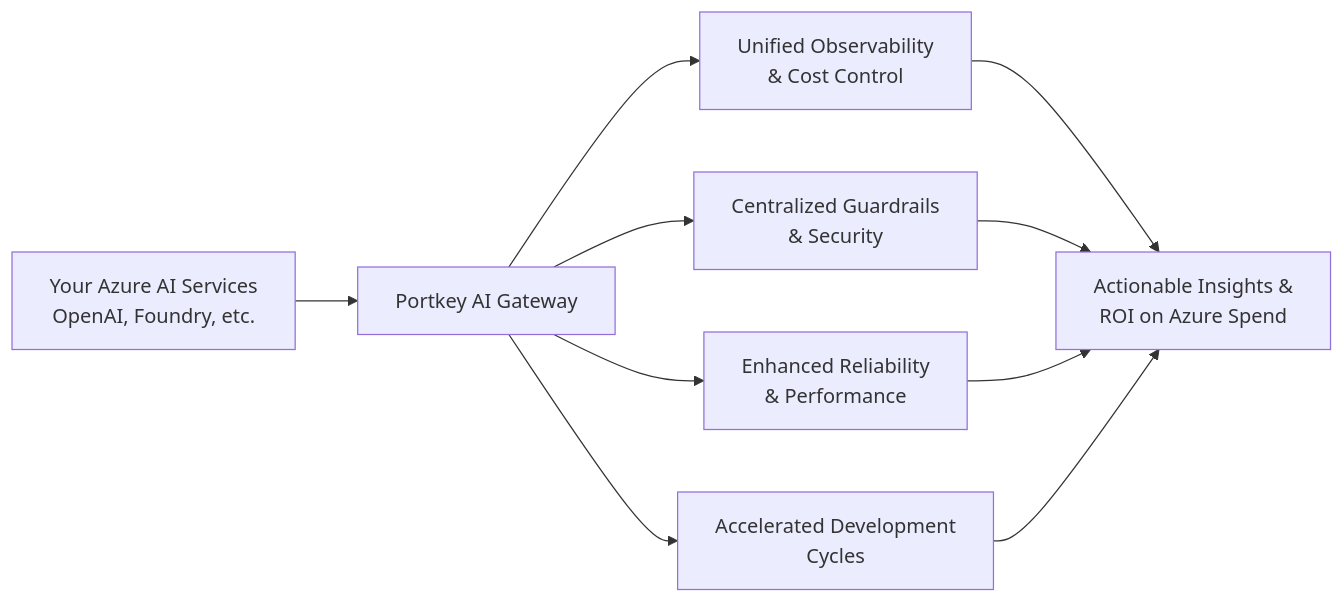
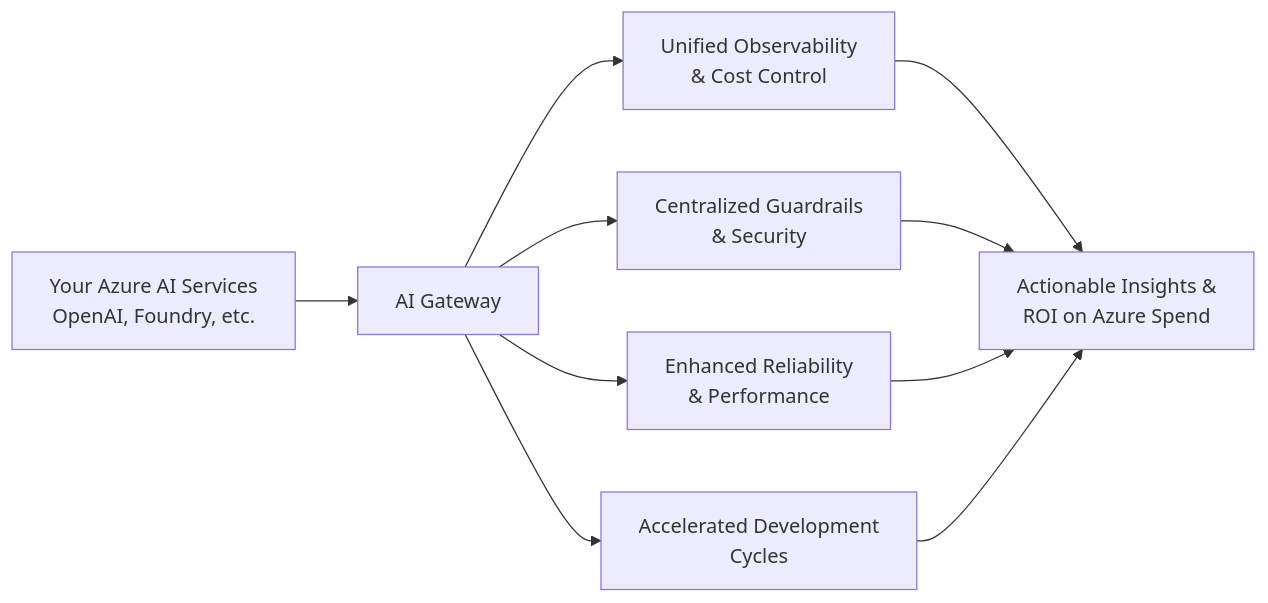
Before and after one commit to Portkey-AI/docs-core: the diagram in aigw/integrations/cloud/azure.mdx, drawn with Mermaid. The commit also changed other lines of this file and 174 other files, not shown here.

````diff
--- a/aigw/integrations/cloud/azure.mdx
+++ b/aigw/integrations/cloud/azure.mdx
@@ -158,12 +158,12 @@
 ```mermaid
 flowchart LR
-    A[Your Azure AI Services\nOpenAI, Foundry, etc.] --> B[Portkey AI Gateway]
+    A[Your Azure AI Services\nOpenAI, Foundry, etc.] --> B[AI Gateway]
     B --> C[Unified Observability\n& Cost Control]
     B --> D[Centralized Guardrails\n& Security]
     B --> E[Enhanced Reliability\n& Performance]
     B --> F[Accelerated Development\nCycles]
     C --> G[Actionable Insights &\nROI on Azure Spend]
     D --> G
     E --> G
     F --> G
 ```
````
